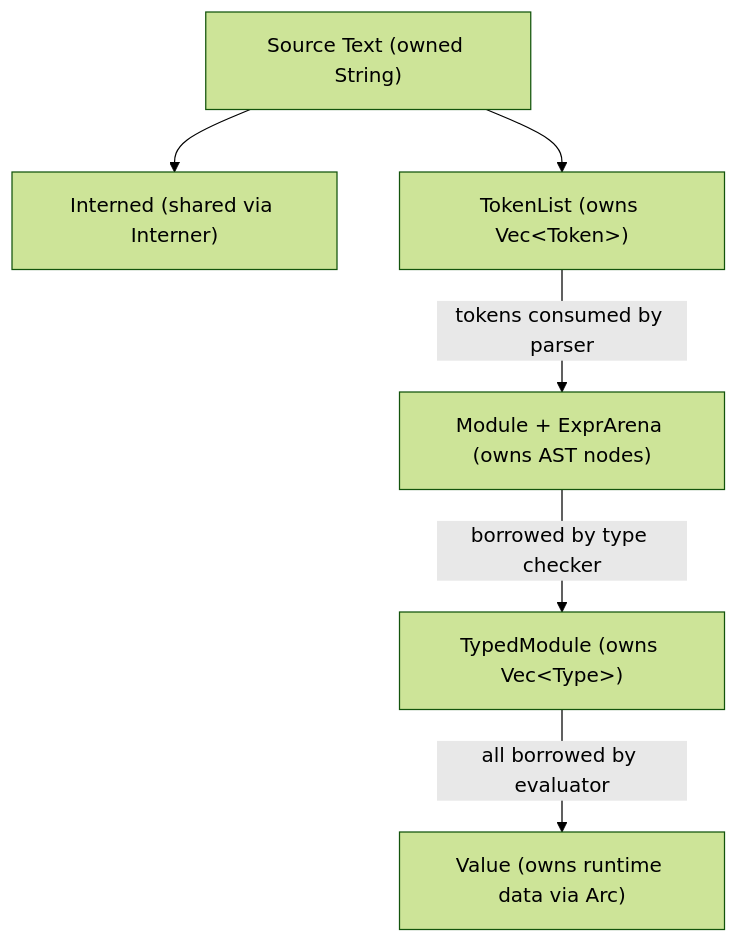
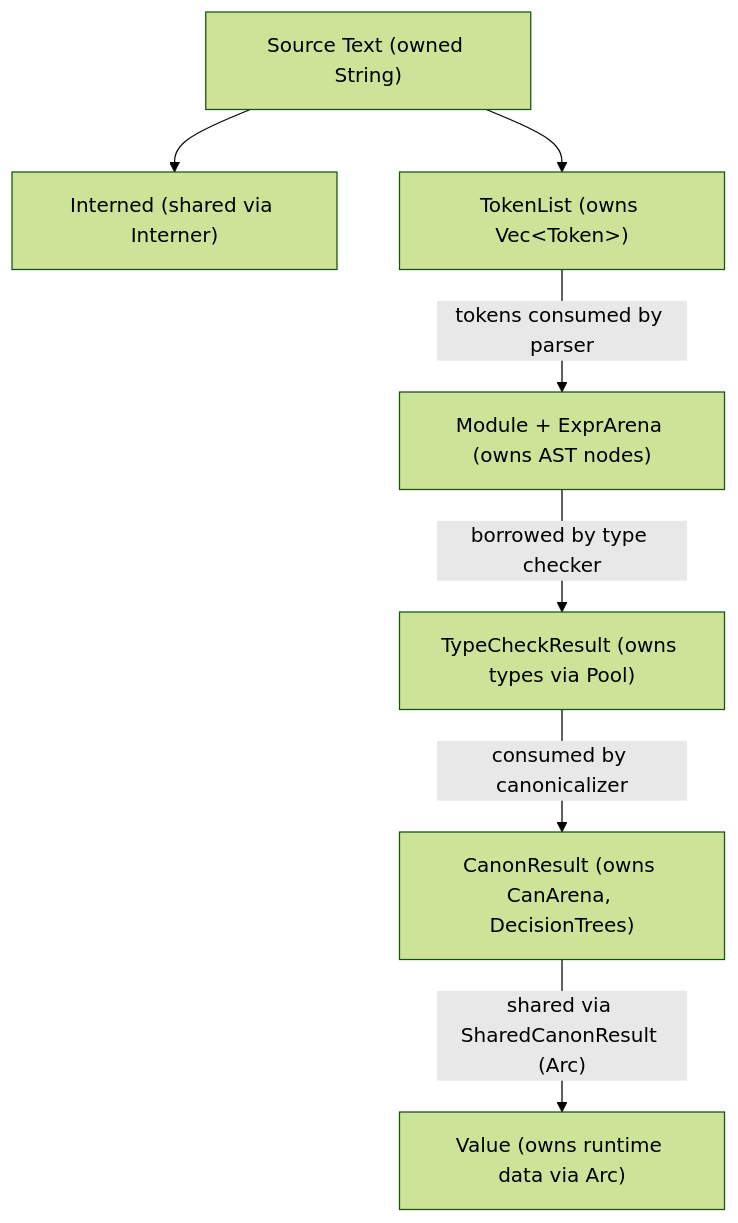
The second of 2 diagrams in docs/compiler/design/01-architecture/data-flow.md (upstat-io/ori-lang), drawn with Mermaid (forest theme) before and after one commit. The commit also changed other lines of this file and 202 other files, not shown here.

````diff
--- a/docs/compiler/design/01-architecture/data-flow.md
+++ b/docs/compiler/design/01-architecture/data-flow.md
@@ -268,8 +315,9 @@
 ```mermaid
 flowchart TB
     A["Source Text (owned String)"] --> B["Interned (shared via Interner)"]
     A --> C["TokenList (owns Vec&lt;Token&gt;)"]
     C -->|"tokens consumed by parser"| D["Module + ExprArena (owns AST nodes)"]
-    D -->|"borrowed by type checker"| E["TypedModule (owns Vec&lt;Type&gt;)"]
-    E -->|"all borrowed by evaluator"| F["Value (owns runtime data via Arc)"]
+    D -->|"borrowed by type checker"| E["TypeCheckResult (owns types via Pool)"]
+    E -->|"consumed by canonicalizer"| F["CanonResult (owns CanArena, DecisionTrees)"]
+    F -->|"shared via SharedCanonResult (Arc)"| G["Value (owns runtime data via Arc)"]
 ```
````
